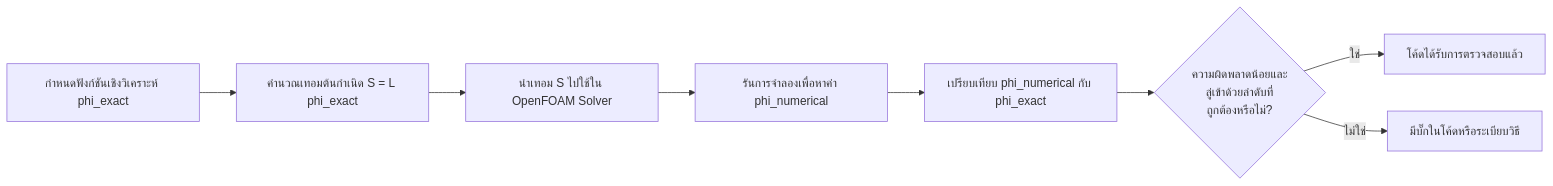
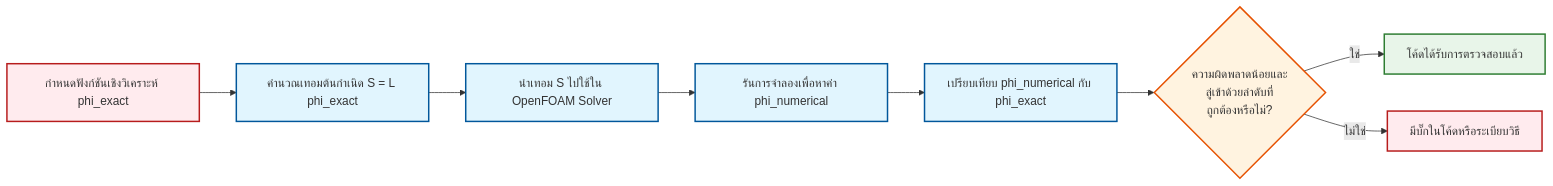
Before and after one commit to wramet/build-my-cfd: the diagram in MODULE_08_TESTING_VALIDATION/CONTENT/01_VERIFICATION_FUNDAMENTALS/02_Numerical_Methods.md, drawn with Mermaid. The commit also changed 313 other files, not shown here.

Commit message:
Revise all diagram

````diff
--- a/MODULE_08_TESTING_VALIDATION/CONTENT/01_VERIFICATION_FUNDAMENTALS/02_Numerical_Methods.md
+++ b/MODULE_08_TESTING_VALIDATION/CONTENT/01_VERIFICATION_FUNDAMENTALS/02_Numerical_Methods.md
@@ -15,10 +15,14 @@
 ```mermaid
-graph LR
-    A[กำหนดฟังก์ชันเชิงวิเคราะห์ phi_exact] --> B[คำนวณเทอมต้นกำเนิด S = L phi_exact]
-    B --> C[นำเทอม S ไปใช้ใน OpenFOAM Solver]
-    C --> D[รันการจำลองเพื่อหาค่า phi_numerical]
-    D --> E[เปรียบเทียบ phi_numerical กับ phi_exact]
-    E --> F{ความผิดพลาดน้อยและ\nลู่เข้าด้วยลำดับที่\nถูกต้องหรือไม่?}
-    F -- ใช่ --> G[โค้ดได้รับการตรวจสอบแล้ว]
-    F -- ไม่ใช่ --> H[มีบั๊กในโค้ดหรือระเบียบวิธี]
+flowchart LR
+classDef implicit fill:#e1f5fe,stroke:#01579b,stroke-width:2px
+classDef explicit fill:#ffebee,stroke:#b71c1c,stroke-width:2px
+classDef success fill:#e8f5e9,stroke:#2e7d32,stroke-width:2px
+classDef warning fill:#fff3e0,stroke:#e65100,stroke-width:2px
+A[กำหนดฟังก์ชันเชิงวิเคราะห์ phi_exact]:::explicit --> B[คำนวณเทอมต้นกำเนิด S = L phi_exact]:::implicit
+B --> C[นำเทอม S ไปใช้ใน OpenFOAM Solver]:::implicit
+C --> D[รันการจำลองเพื่อหาค่า phi_numerical]:::implicit
+D --> E[เปรียบเทียบ phi_numerical กับ phi_exact]:::implicit
+E --> F{ความผิดพลาดน้อยและ\nลู่เข้าด้วยลำดับที่\nถูกต้องหรือไม่?}:::warning
+F -- ใช่ --> G[โค้ดได้รับการตรวจสอบแล้ว]:::success
+F -- ไม่ใช่ --> H[มีบั๊กในโค้ดหรือระเบียบวิธี]:::explicit
 ```
````
